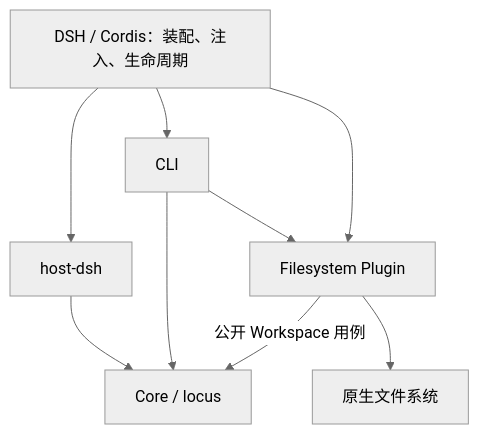
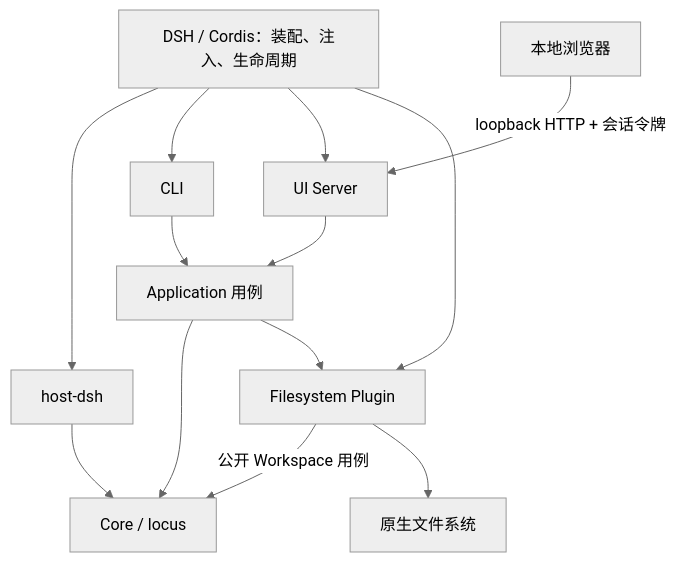
One commit to SWdrift/locus-workspace changed the diagram in docs/architecture.md. Above: the diagram before and after it, drawn with Mermaid (neutral theme). The commit also changed other lines of this file and 52 other files, not shown here.

````diff
--- a/docs/architecture.md
+++ b/docs/architecture.md
@@ -26,11 +26,15 @@
 ```mermaid
 flowchart TD
     DSH["DSH / Cordis：装配、注入、生命周期"] --> Host["host-dsh"]
     DSH --> CLI["CLI"]
+    DSH --> UI["UI Server"]
     DSH --> FS["Filesystem Plugin"]
     Host --> Core["Core / locus"]
-    CLI --> Core
-    CLI --> FS
+    CLI --> App["Application 用例"]
+    UI --> App
+    App --> Core
+    App --> FS
     FS -->|"公开 Workspace 用例"| Core
     FS --> Files["原生文件系统"]
+    Browser["本地浏览器"] -->|"loopback HTTP + 会话令牌"| UI
 ```
````
